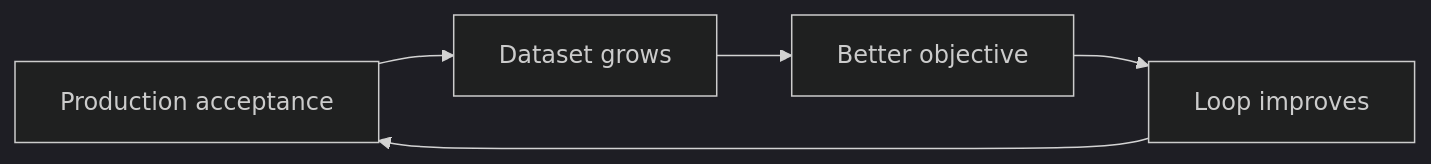
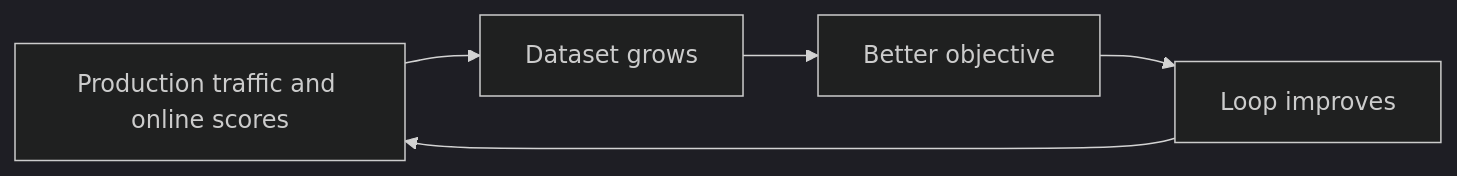
One commit to comet-ml/opik-examples changed the second of 2 diagrams in guides/eval_in_ci/README.md. Above: the diagram before and after it, drawn with Mermaid (dark theme). The commit also changed other lines of this file and 3 other files, not shown here.

````diff
--- a/guides/eval_in_ci/README.md
+++ b/guides/eval_in_ci/README.md
@@ -349,7 +515,7 @@
 ```mermaid
 flowchart LR
-  prod[Production acceptance] --> ds[Dataset grows]
+  prod[Production traffic and online scores] --> ds[Dataset grows]
   ds --> obj[Better objective]
   obj --> loop[Loop improves]
   loop --> prod
 ```
````
